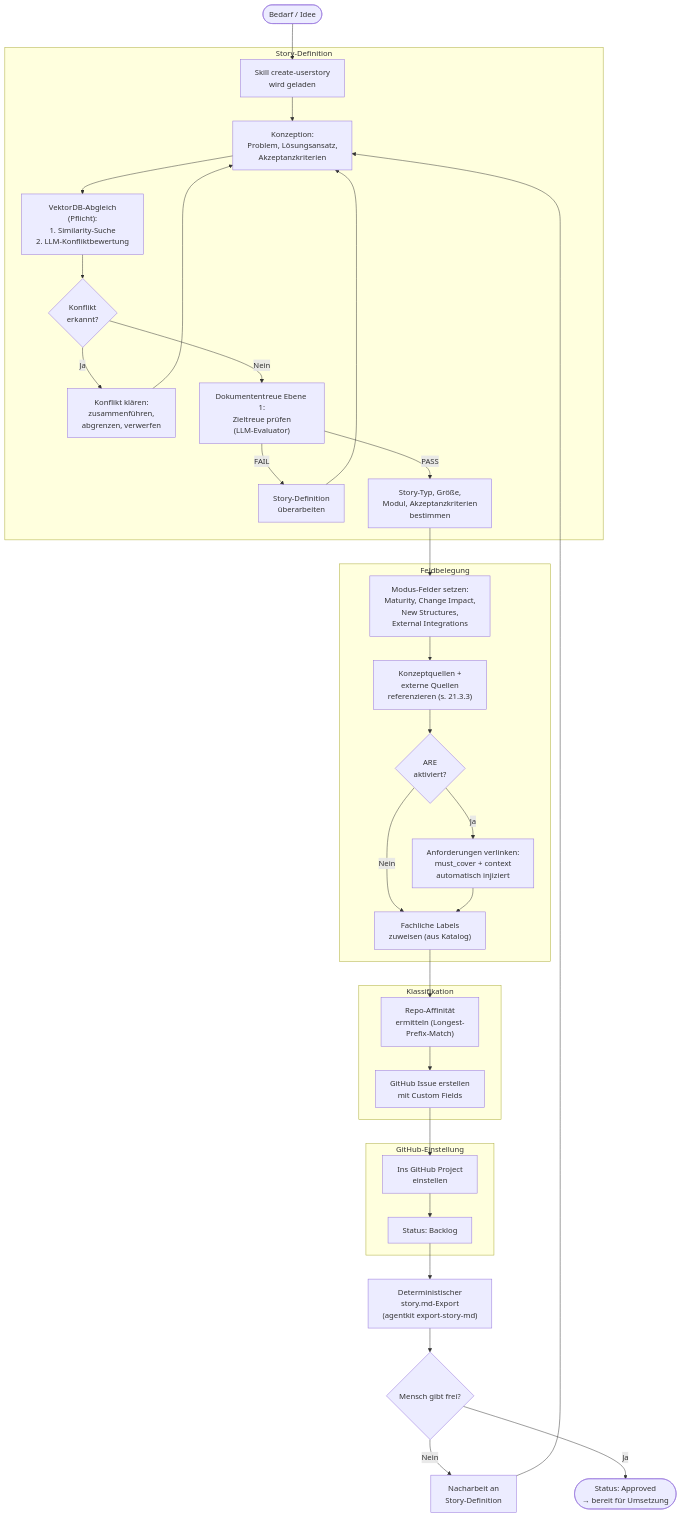
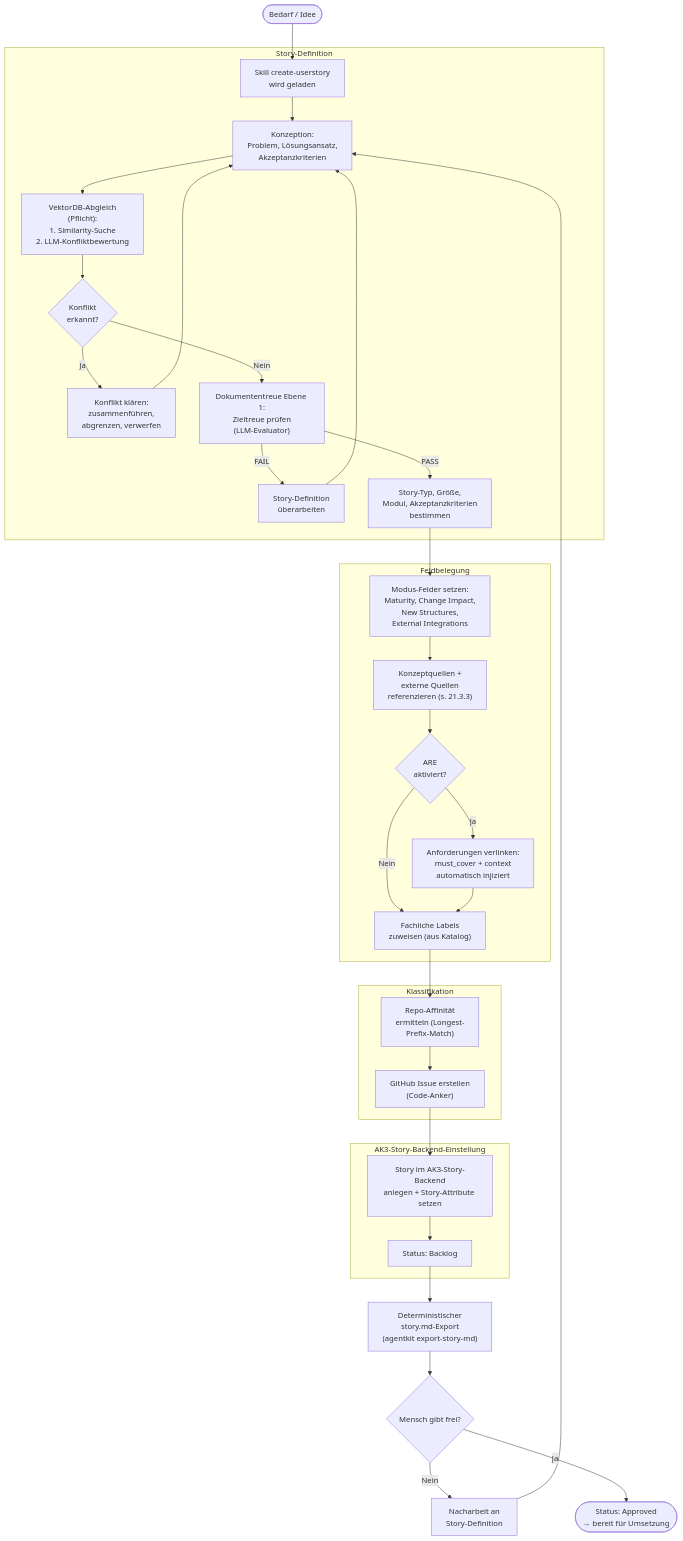
Before and after one commit to saltenhof/claude-agentkit3: the diagram in concept/technical-design/21_story_creation_pipeline.md, drawn with Mermaid. The commit also changed other lines of this file and 28 other files, not shown here.

First line of the commit message:
Konzept-Cleanup: GitHub Projects komplett entfernen

````diff
--- a/concept/technical-design/21_story_creation_pipeline.md
+++ b/concept/technical-design/21_story_creation_pipeline.md
@@ -125,48 +125,48 @@
 ```mermaid
 flowchart TD
     TRIGGER(["Bedarf / Idee"]) --> SKILL["Skill create-userstory<br/>wird geladen"]
 
     subgraph DEFINITION ["Story-Definition"]
         SKILL --> KONZEPT["Konzeption:<br/>Problem, Lösungsansatz,<br/>Akzeptanzkriterien"]
         KONZEPT --> SEARCH["VektorDB-Abgleich<br/>(Pflicht):<br/>1. Similarity-Suche<br/>2. LLM-Konfliktbewertung"]
 
         SEARCH --> CONFLICT{"Konflikt<br/>erkannt?"}
         CONFLICT -->|Ja| RESOLVE["Konflikt klären:<br/>zusammenführen,<br/>abgrenzen, verwerfen"]
         RESOLVE --> KONZEPT
         CONFLICT -->|Nein| ZIELTREUE
 
         ZIELTREUE["Dokumententreue Ebene 1:<br/>Zieltreue prüfen<br/>(LLM-Evaluator)"]
         ZIELTREUE -->|FAIL| REWORK_Z["Story-Definition<br/>überarbeiten"]
         REWORK_Z --> KONZEPT
         ZIELTREUE -->|PASS| FIELDS
     end
 
     subgraph FIELDS_PHASE ["Feldbelegung"]
         FIELDS["Story-Typ, Größe,<br/>Modul, Akzeptanzkriterien<br/>bestimmen"]
         FIELDS --> MODE_FIELDS["Modus-Felder setzen:<br/>Maturity, Change Impact,<br/>New Structures,<br/>External Integrations"]
         MODE_FIELDS --> CONCEPT_REF["Konzeptquellen +<br/>externe Quellen<br/>referenzieren (s. 21.3.3)"]
         CONCEPT_REF --> ARE_CHECK{"ARE<br/>aktiviert?"}
 
         ARE_CHECK -->|Ja| ARE_LINK["Anforderungen verlinken:<br/>must_cover + context<br/>automatisch injiziert"]
         ARE_CHECK -->|Nein| LABELS
         ARE_LINK --> LABELS
     end
 
     subgraph KLASSIFIKATION ["Klassifikation"]
         LABELS["Fachliche Labels<br/>zuweisen (aus Katalog)"]
         LABELS --> REPO_AFF["Repo-Affinität<br/>ermitteln (Longest-<br/>Prefix-Match)"]
         REPO_AFF --> GITHUB
     end
 
-    subgraph EINSTELLUNG ["GitHub-Einstellung"]
-        GITHUB["GitHub Issue erstellen<br/>mit Custom Fields"]
-        GITHUB --> PROJECT["Ins GitHub Project<br/>einstellen"]
+    subgraph EINSTELLUNG ["AK3-Story-Backend-Einstellung"]
+        GITHUB["GitHub Issue erstellen<br/>(Code-Anker)"]
+        GITHUB --> PROJECT["Story im AK3-Story-Backend<br/>anlegen + Story-Attribute setzen"]
         PROJECT --> BACKLOG["Status: Backlog"]
     end
 
     BACKLOG --> EXPORT["Deterministischer<br/>story.md-Export<br/>(agentkit export-story-md)"]
     EXPORT --> FREIGABE{"Mensch gibt frei?"}
     FREIGABE -->|Nein| REWORK["Nacharbeit an<br/>Story-Definition"]
     REWORK --> KONZEPT
     FREIGABE -->|Ja| APPROVED(["Status: Approved<br/>→ bereit für Umsetzung"])
 ```
````
